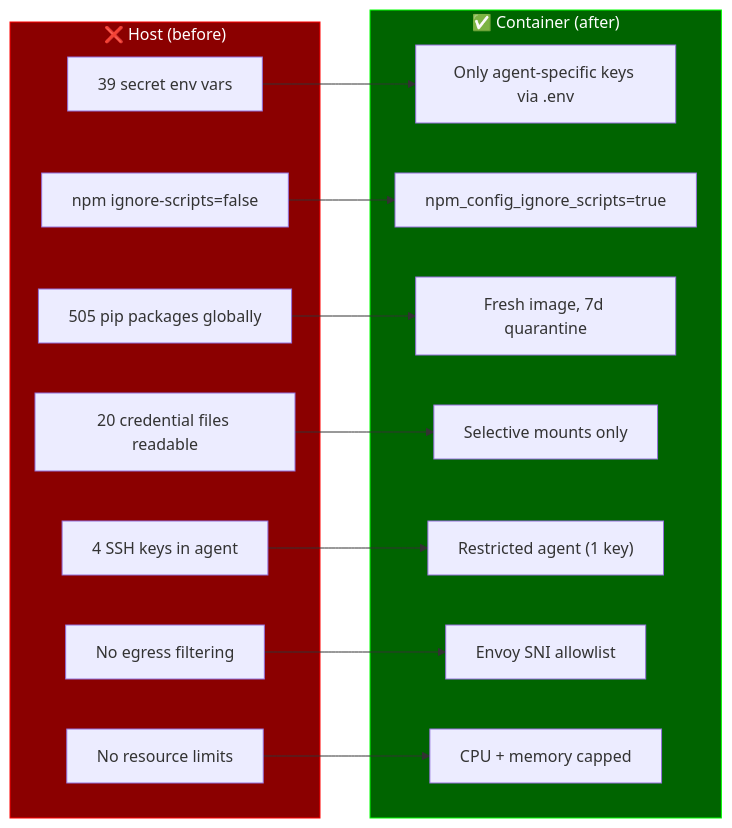
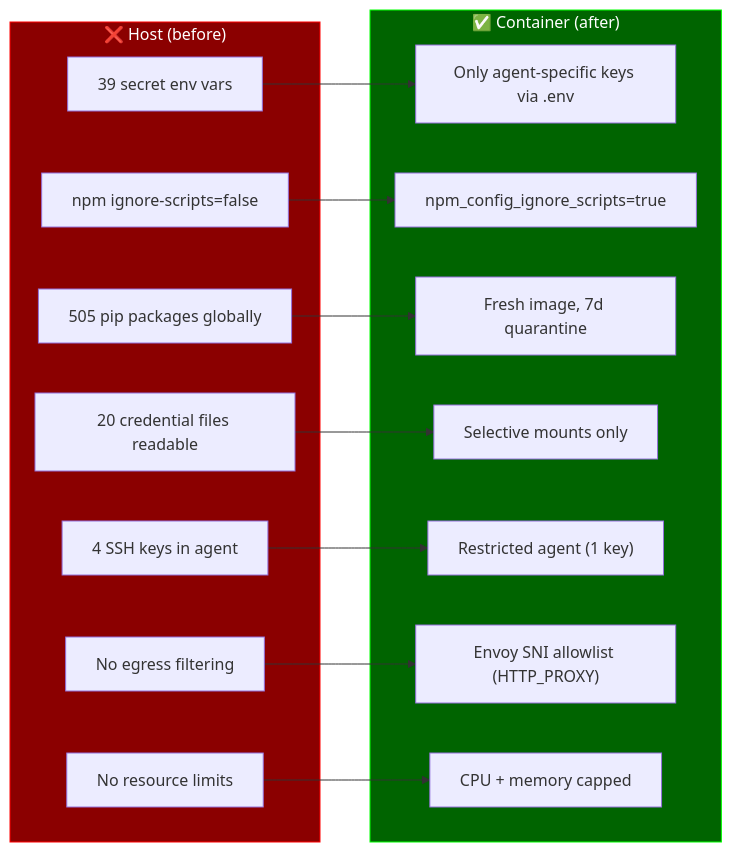
One commit to dmzoneill/securetty changed the second of 6 diagrams in README.md. Above: the diagram before and after it, drawn with Mermaid. The commit also changed other lines of this file, not shown here.

First line of the commit message:
docs: update for bridge network, proxy-based egress, DNS changes

````diff
--- a/README.md
+++ b/README.md
@@ -42,33 +37,33 @@
 ```mermaid
 graph LR
     subgraph Host["❌ Host (before)"]
         H1["39 secret env vars"]
         H2["npm ignore-scripts=false"]
         H3["505 pip packages globally"]
         H4["20 credential files readable"]
         H5["4 SSH keys in agent"]
         H6["No egress filtering"]
         H7["No resource limits"]
     end
 
     subgraph Container["✅ Container (after)"]
         C1["Only agent-specific keys via .env"]
         C2["npm_config_ignore_scripts=true"]
         C3["Fresh image, 7d quarantine"]
         C4["Selective mounts only"]
         C5["Restricted agent (1 key)"]
-        C6["Envoy SNI allowlist"]
+        C6["Envoy SNI allowlist (HTTP_PROXY)"]
         C7["CPU + memory capped"]
     end
 
     H1 --> C1
     H2 --> C2
     H3 --> C3
     H4 --> C4
     H5 --> C5
     H6 --> C6
     H7 --> C7
 
     style Host fill:#8B0000,stroke:#ff0000,color:#fff
     style Container fill:#006400,stroke:#00ff00,color:#fff
 ```
````
